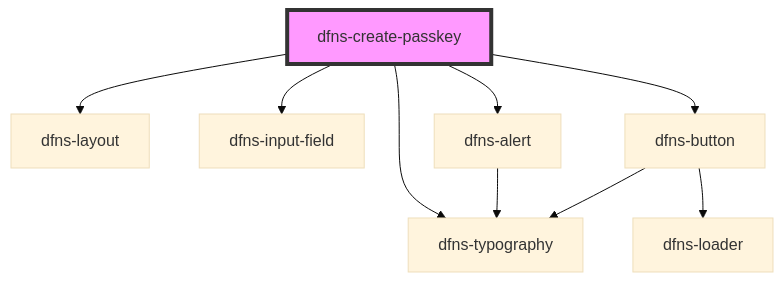
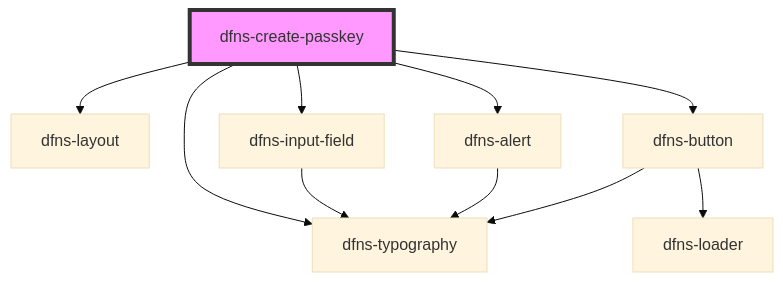
Before and after one commit to dfnsext/web-ui: the diagram in src/components/dfns-create-passkey/readme.md, drawn with Mermaid (base theme). The commit also changed other lines of this file and 60 other files, not shown here.

````diff
--- a/src/components/dfns-create-passkey/readme.md
+++ b/src/components/dfns-create-passkey/readme.md
@@ -26,12 +38,13 @@
 ```mermaid
 graph TD;
   dfns-create-passkey --> dfns-layout
   dfns-create-passkey --> dfns-typography
   dfns-create-passkey --> dfns-input-field
   dfns-create-passkey --> dfns-alert
   dfns-create-passkey --> dfns-button
+  dfns-input-field --> dfns-typography
   dfns-alert --> dfns-typography
   dfns-button --> dfns-typography
   dfns-button --> dfns-loader
   style dfns-create-passkey fill:#f9f,stroke:#333,stroke-width:4px
 ```
````
